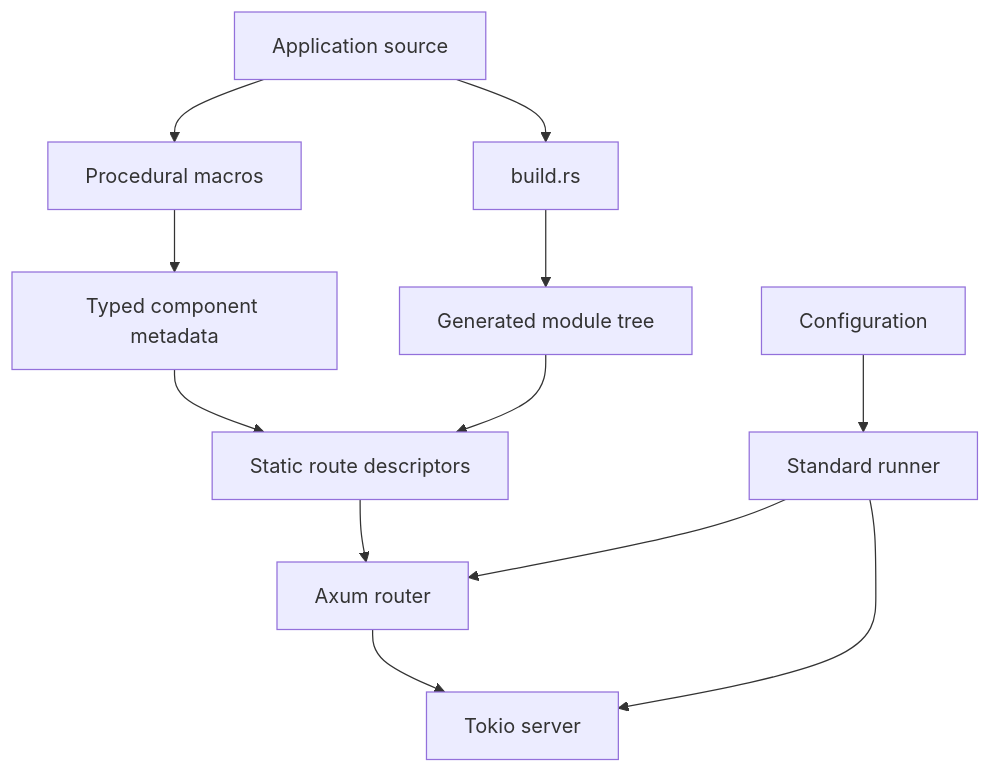
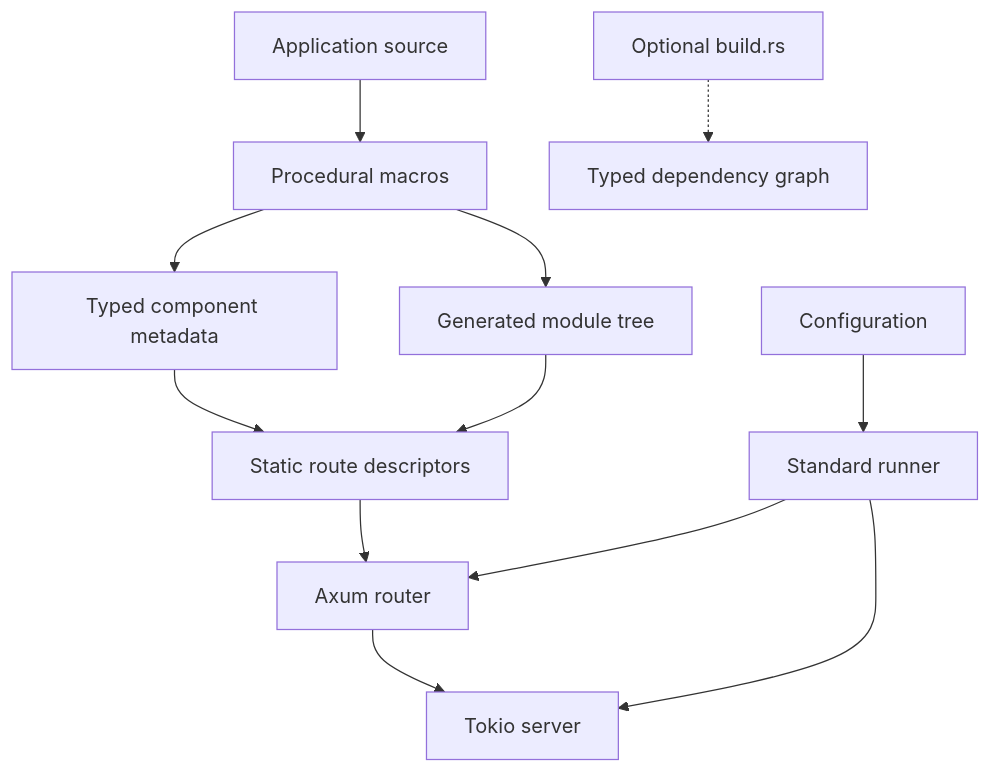
The first of 2 diagrams in docs/architecture.md (Ember-rs/ember), drawn with Mermaid before and after one commit. The commit also changed other lines of this file and 6 other files, not shown here.

````diff
--- a/docs/architecture.md
+++ b/docs/architecture.md
@@ -19,14 +19,14 @@
 ```mermaid
 flowchart TD
     A[Application source] --> B[Procedural macros]
-    A --> C[build.rs]
     B --> D[Typed component metadata]
-    C --> E[Generated module tree]
+    B --> E[Generated module tree]
     D --> F[Static route descriptors]
     E --> F
     F --> G[Axum router]
     H[Configuration] --> I[Standard runner]
     I --> G
     G --> J[Tokio server]
     I --> J
+    K[Optional build.rs] -.-> L[Typed dependency graph]
 ```
````
